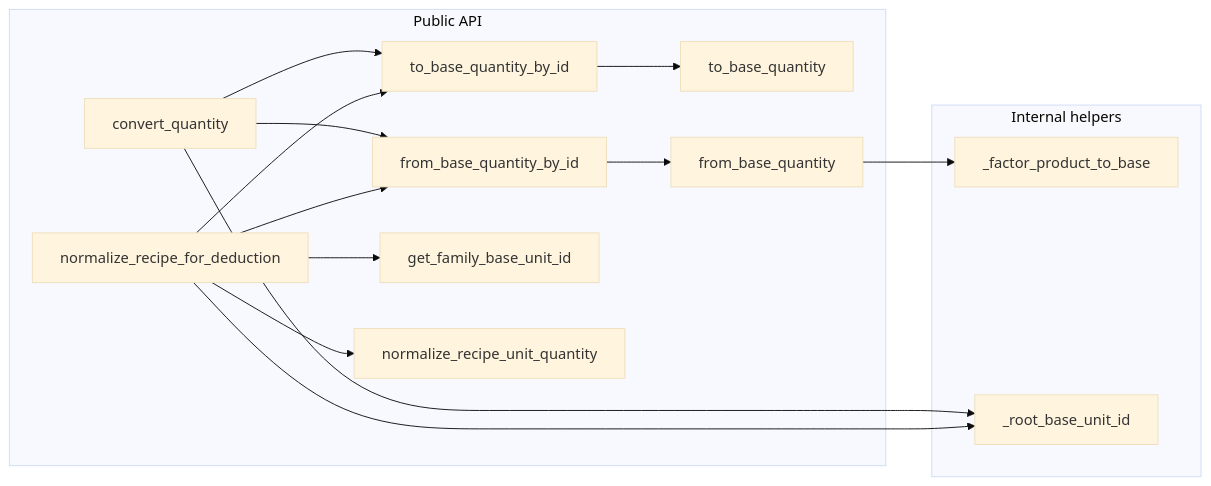
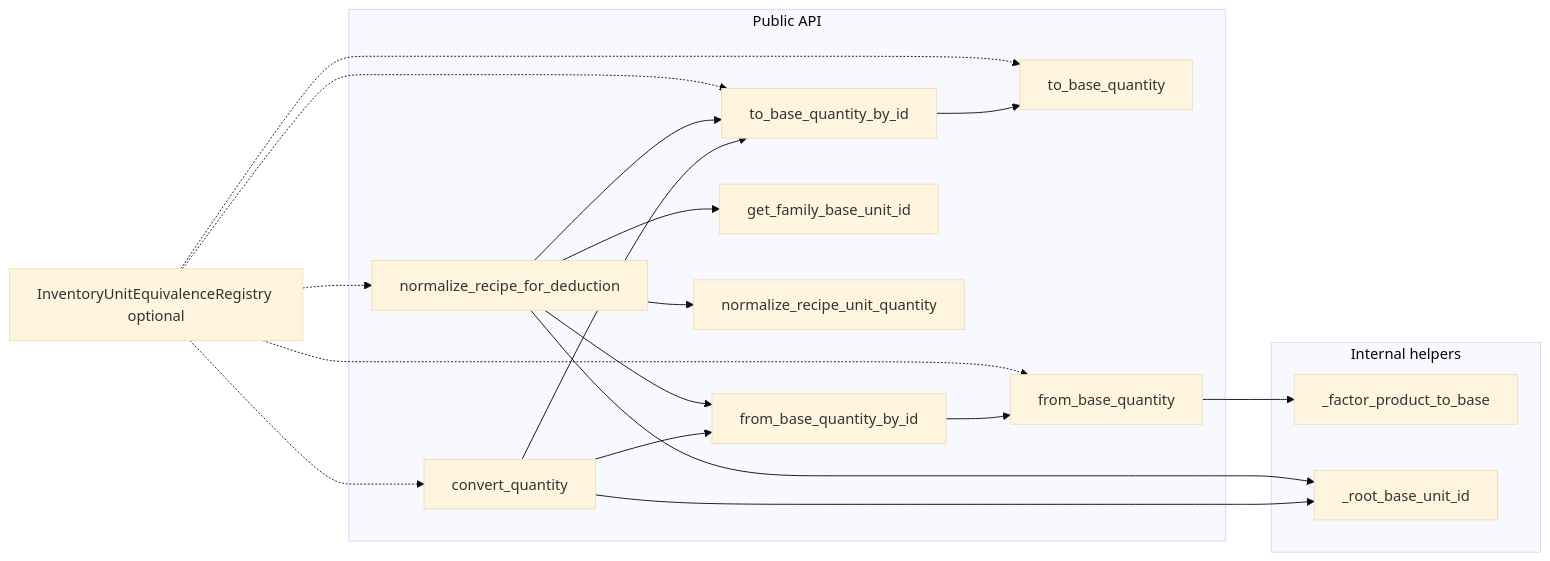
The second of 5 diagrams in docs/Architecture/architecture-normalization.md (Alanbahena/zenet-mvp-jupyter), drawn with Mermaid (base theme) before and after one commit. The commit also changed other lines of this file and 22 other files, not shown here.

Commit message:
added architecture documentation to the prokect

````diff
--- a/docs/Architecture/architecture-normalization.md
+++ b/docs/Architecture/architecture-normalization.md
@@ -66,30 +70,38 @@
 ```mermaid
 flowchart LR
     subgraph internal["Internal helpers"]
         _factor[_factor_product_to_base]
         _root[_root_base_unit_id]
     end
 
     subgraph public_api["Public API"]
         to_base_quantity
         from_base_quantity
         to_base_quantity_by_id
         from_base_quantity_by_id
         convert_quantity
         get_family_base_unit_id
         normalize_recipe_unit_quantity
         normalize_recipe_for_deduction
     end
 
+    equiv[InventoryUnitEquivalenceRegistry optional]
+
     from_base_quantity --> _factor
     to_base_quantity_by_id --> to_base_quantity
     from_base_quantity_by_id --> from_base_quantity
     convert_quantity --> _root
     convert_quantity --> to_base_quantity_by_id
     convert_quantity --> from_base_quantity_by_id
     normalize_recipe_for_deduction --> normalize_recipe_unit_quantity
     normalize_recipe_for_deduction --> get_family_base_unit_id
     normalize_recipe_for_deduction --> to_base_quantity_by_id
     normalize_recipe_for_deduction --> from_base_quantity_by_id
     normalize_recipe_for_deduction --> _root
+
+    equiv -.-> to_base_quantity
+    equiv -.-> from_base_quantity
+    equiv -.-> to_base_quantity_by_id
+    equiv -.-> convert_quantity
+    equiv -.-> normalize_recipe_for_deduction
 ```
````
